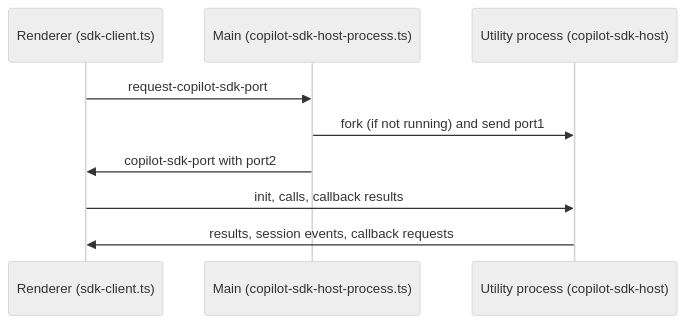
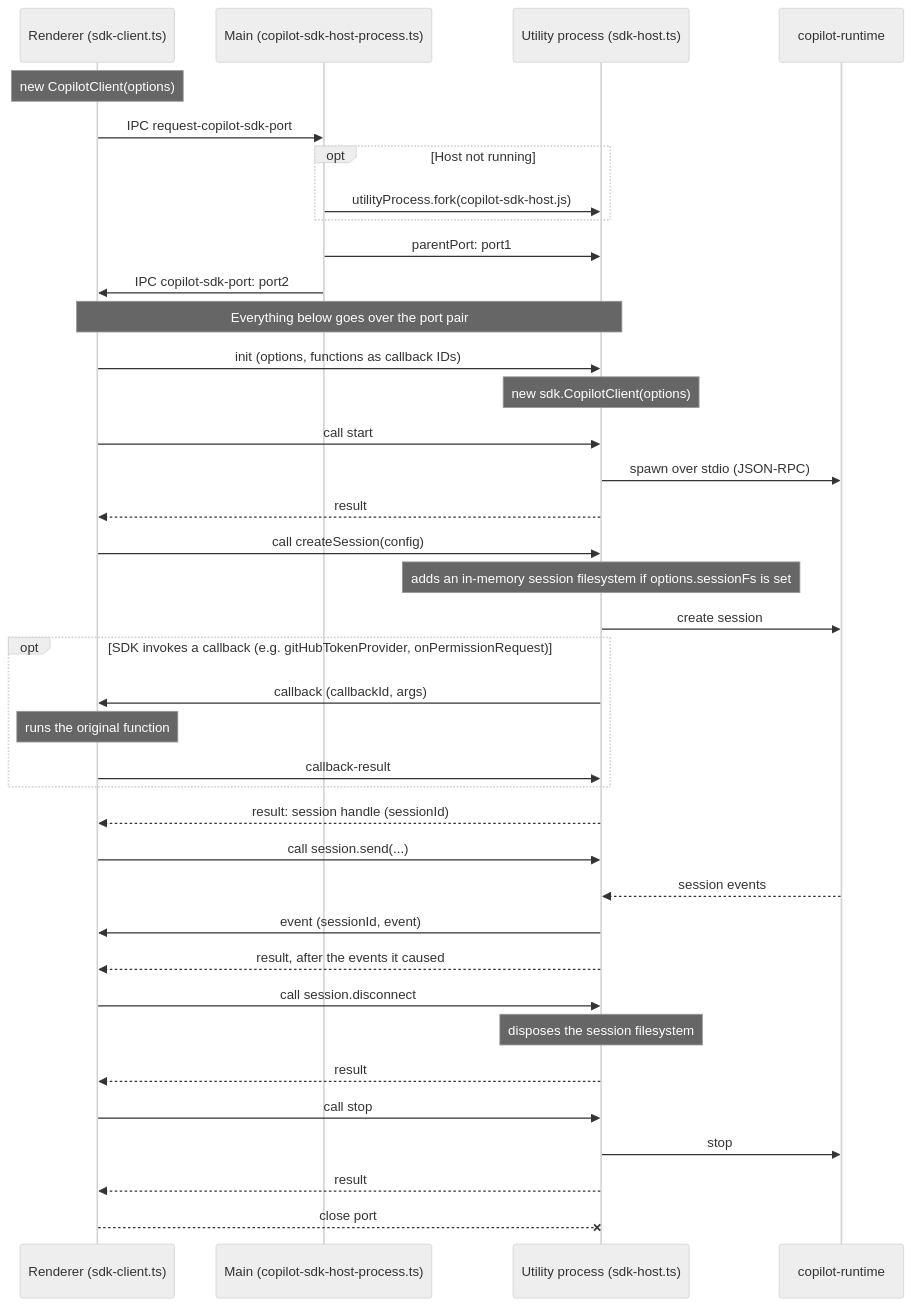
Before and after one commit to desktop/desktop: the first of 2 diagrams in docs/technical/copilot-sdk-host.md, drawn with Mermaid (neutral theme). The commit also changed other lines of this file, not shown here.

Commit message:
Diagram the Copilot SDK host communication and lifecycle
Expand the design doc's sequence diagram to cover the port handoff,
init, calls, callbacks, ordered session events and shutdown, and add
a state diagram for the shared host's lifetime and idle shutdown.
Also correct the test helper description: tests use an in-memory
channel pair, not a worker_threads MessageChannel.

````diff
--- a/docs/technical/copilot-sdk-host.md
+++ b/docs/technical/copilot-sdk-host.md
@@ -53,11 +55,45 @@
 ```mermaid
 sequenceDiagram
   participant R as Renderer (sdk-client.ts)
   participant M as Main (copilot-sdk-host-process.ts)
-  participant H as Utility process (copilot-sdk-host)
-  R->>M: request-copilot-sdk-port
-  M->>H: fork (if not running) and send port1
-  M->>R: copilot-sdk-port with port2
-  R->>H: init, calls, callback results
-  H->>R: results, session events, callback requests
+  participant H as Utility process (sdk-host.ts)
+  participant C as copilot-runtime
+
+  Note over R: new CopilotClient(options)
+  R->>M: IPC request-copilot-sdk-port
+  opt Host not running
+    M->>H: utilityProcess.fork(copilot-sdk-host.js)
+  end
+  M->>H: parentPort: port1
+  M->>R: IPC copilot-sdk-port: port2
+  Note over R,H: Everything below goes over the port pair
+  R->>H: init (options, functions as callback IDs)
+  Note over H: new sdk.CopilotClient(options)
+
+  R->>H: call start
+  H->>C: spawn over stdio (JSON-RPC)
+  H-->>R: result
+
+  R->>H: call createSession(config)
+  Note over H: adds an in-memory session filesystem if options.sessionFs is set
+  H->>C: create session
+  opt SDK invokes a callback (e.g. gitHubTokenProvider, onPermissionRequest)
+    H->>R: callback (callbackId, args)
+    Note over R: runs the original function
+    R->>H: callback-result
+  end
+  H-->>R: result: session handle (sessionId)
+
+  R->>H: call session.send(...)
+  C-->>H: session events
+  H->>R: event (sessionId, event)
+  H-->>R: result, after the events it caused
+
+  R->>H: call session.disconnect
+  Note over H: disposes the session filesystem
+  H-->>R: result
+  R->>H: call stop
+  H->>C: stop
+  H-->>R: result
+  R--xH: close port
 ```
````
